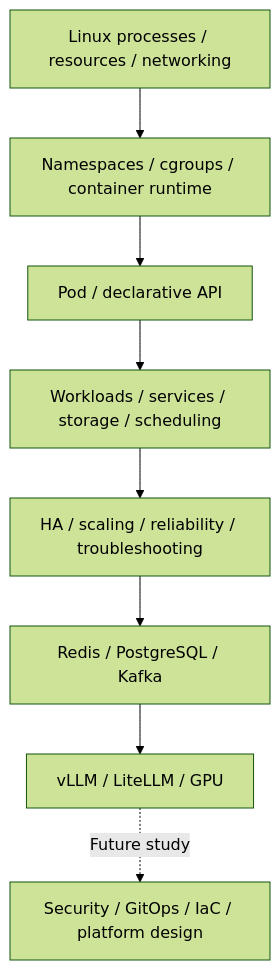
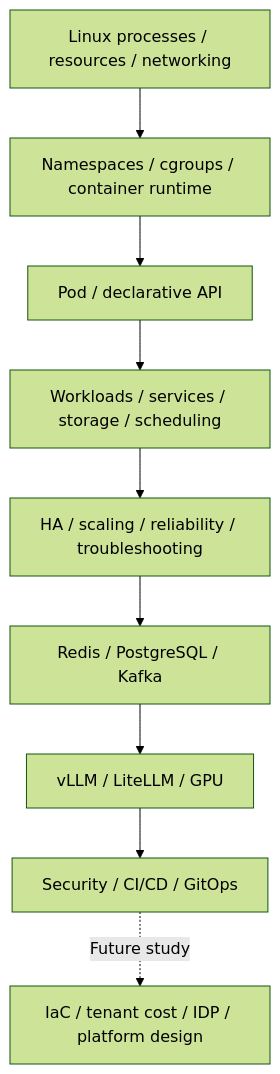
Before and after one commit to nohdol97/work-handbook: the diagram in docs/en/platform-infrastructure/index.md, drawn with Mermaid (forest theme). The commit also changed other lines of this file and 21 other files, not shown here.

Commit message:
docs: 플랫폼 보안과 CI/CD GitOps 10~11장 반영

````diff
--- a/docs/en/platform-infrastructure/index.md
+++ b/docs/en/platform-infrastructure/index.md
@@ -40,10 +43,11 @@
 ```mermaid
 flowchart TD
   Linux[Linux processes / resources / networking] --> Container[Namespaces / cgroups / container runtime]
   Container --> Pod[Pod / declarative API]
   Pod --> Workload[Workloads / services / storage / scheduling]
   Workload --> Operations[HA / scaling / reliability / troubleshooting]
   Operations --> Services[Redis / PostgreSQL / Kafka]
   Services --> Serving[vLLM / LiteLLM / GPU]
-  Serving -. Future study .-> Security[Security / GitOps / IaC / platform design]
+  Serving --> Security[Security / CI/CD / GitOps]
+  Security -. Future study .-> Future[IaC / tenant cost / IDP / platform design]
 ```
````
